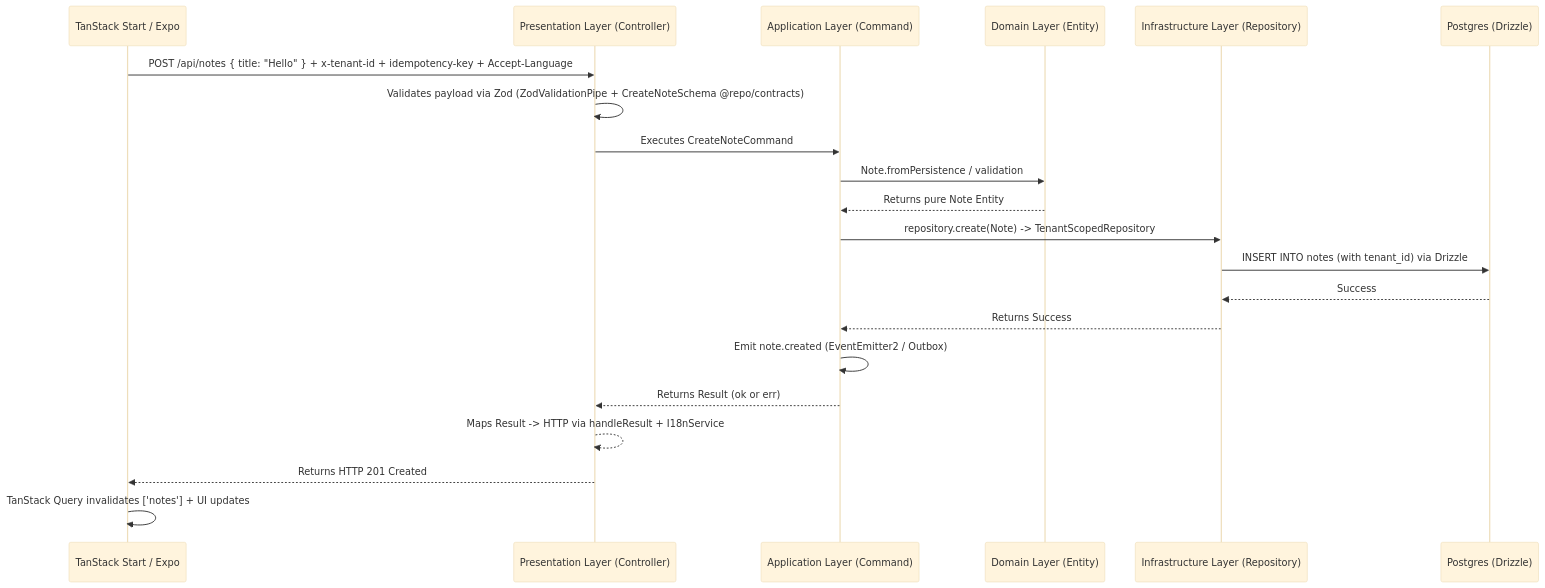
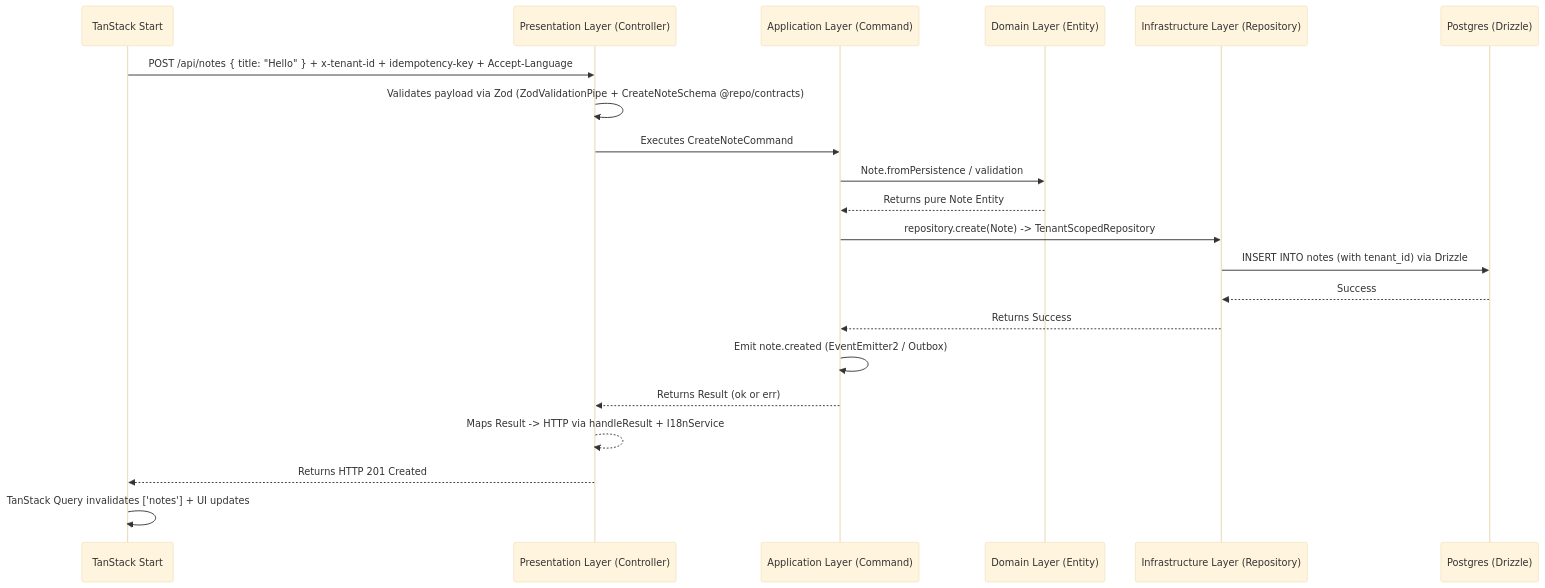
One commit to ihssmaheel-dev/modular-monolith-architecture changed the second of 2 diagrams in ARCHITECTURE_DEEP_DIVE.md. Above: the diagram before and after it, drawn with Mermaid (base theme). The commit also changed other lines of this file and 95 other files, not shown here.

Commit message:
feat: harden api web architecture and remove mobile app

````diff
--- a/ARCHITECTURE_DEEP_DIVE.md
+++ b/ARCHITECTURE_DEEP_DIVE.md
@@ -87,24 +83,24 @@
 ```mermaid
 sequenceDiagram
-    participant Web as TanStack Start / Expo
+    participant Web as TanStack Start
     participant C as Presentation Layer (Controller)
     participant A as Application Layer (Command)
     participant D as Domain Layer (Entity)
     participant I as Infrastructure Layer (Repository)
     participant DB as Postgres (Drizzle)
 
     Web->>C: POST /api/notes { title: "Hello" } + x-tenant-id + idempotency-key + Accept-Language
     C->>C: Validates payload via Zod (ZodValidationPipe + CreateNoteSchema @repo/contracts)
     C->>A: Executes CreateNoteCommand
     A->>D: Note.fromPersistence / validation
     D-->>A: Returns pure Note Entity
     A->>I: repository.create(Note) -> TenantScopedRepository
     I->>DB: INSERT INTO notes (with tenant_id) via Drizzle
     DB-->>I: Success
     I-->>A: Returns Success
     A->>A: Emit note.created (EventEmitter2 / Outbox)
     A-->>C: Returns Result (ok or err)
     C-->>C: Maps Result -> HTTP via handleResult + I18nService
     C-->>Web: Returns HTTP 201 Created
     Web->>Web: TanStack Query invalidates ['notes'] + UI updates
 ```
````
